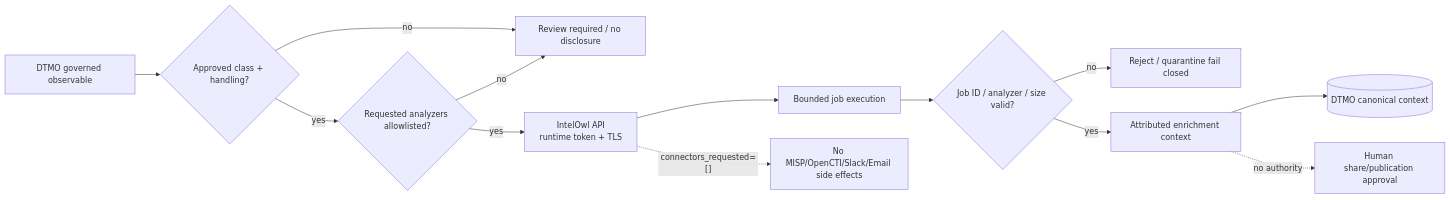
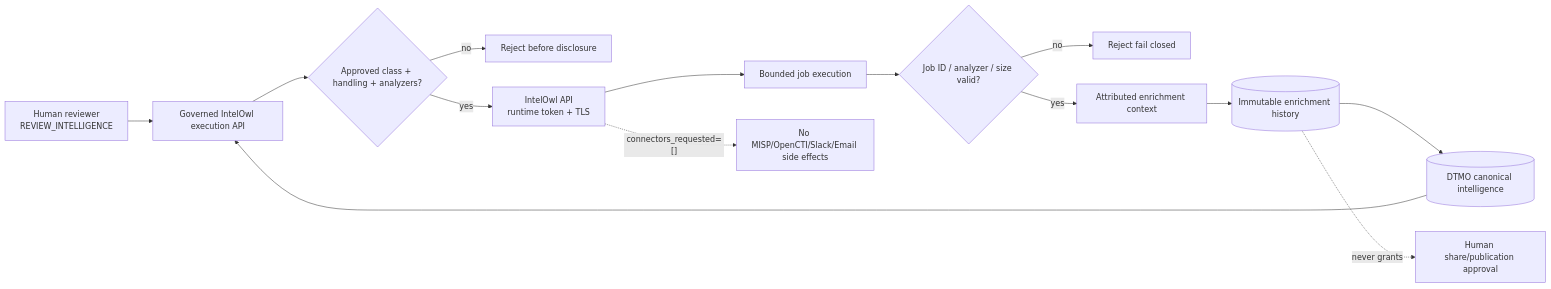
Before and after one commit to GJvManen/dtmo: the diagram in docs/README.md, drawn with Mermaid. The commit also changed other lines of this file, not shown here.

Commit message:
Docs: reconcile portal for governed IntelOwl execution

````diff
--- a/docs/README.md
+++ b/docs/README.md
@@ -51,15 +57,16 @@
 ```mermaid
 flowchart LR
-    D[DTMO governed observable] --> P{Approved class + handling?}
-    P -->|no| R[Review required / no disclosure]
-    P -->|yes| A{Requested analyzers allowlisted?}
-    A -->|no| R
-    A -->|yes| I[IntelOwl API\nruntime token + TLS]
+    H[Human reviewer\nREVIEW_INTELLIGENCE] --> E[Governed IntelOwl execution API]
+    C[(DTMO canonical intelligence)] --> E
+    E --> P{Approved class + handling + analyzers?}
+    P -->|no| R[Reject before disclosure]
+    P -->|yes| I[IntelOwl API\nruntime token + TLS]
     I --> J[Bounded job execution]
     J --> V{Job ID / analyzer / size valid?}
-    V -->|no| Q[Reject / quarantine fail closed]
+    V -->|no| Q[Reject fail closed]
     V -->|yes| N[Attributed enrichment context]
-    N --> C[(DTMO canonical context)]
+    N --> D[(Immutable enrichment history)]
+    D --> C
     I -. connectors_requested=[] .-> X[No MISP/OpenCTI/Slack/Email side effects]
-    N -. no authority .-> H[Human share/publication approval]
+    D -. never grants .-> S[Human share/publication approval]
 ```
````
